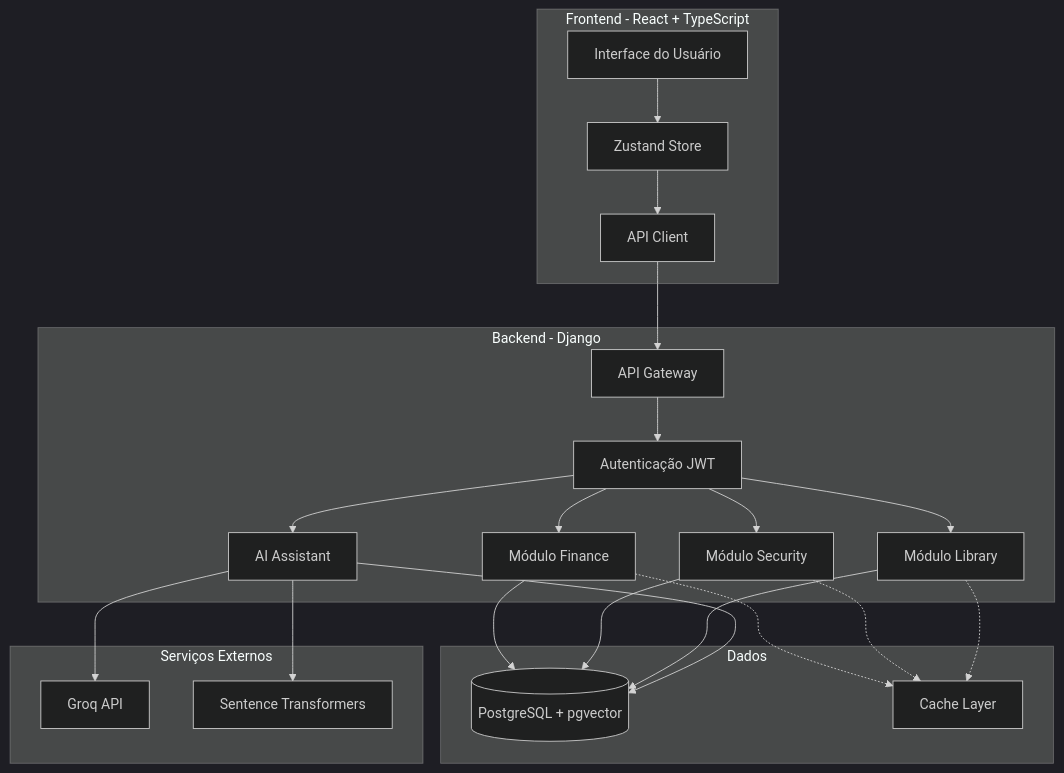
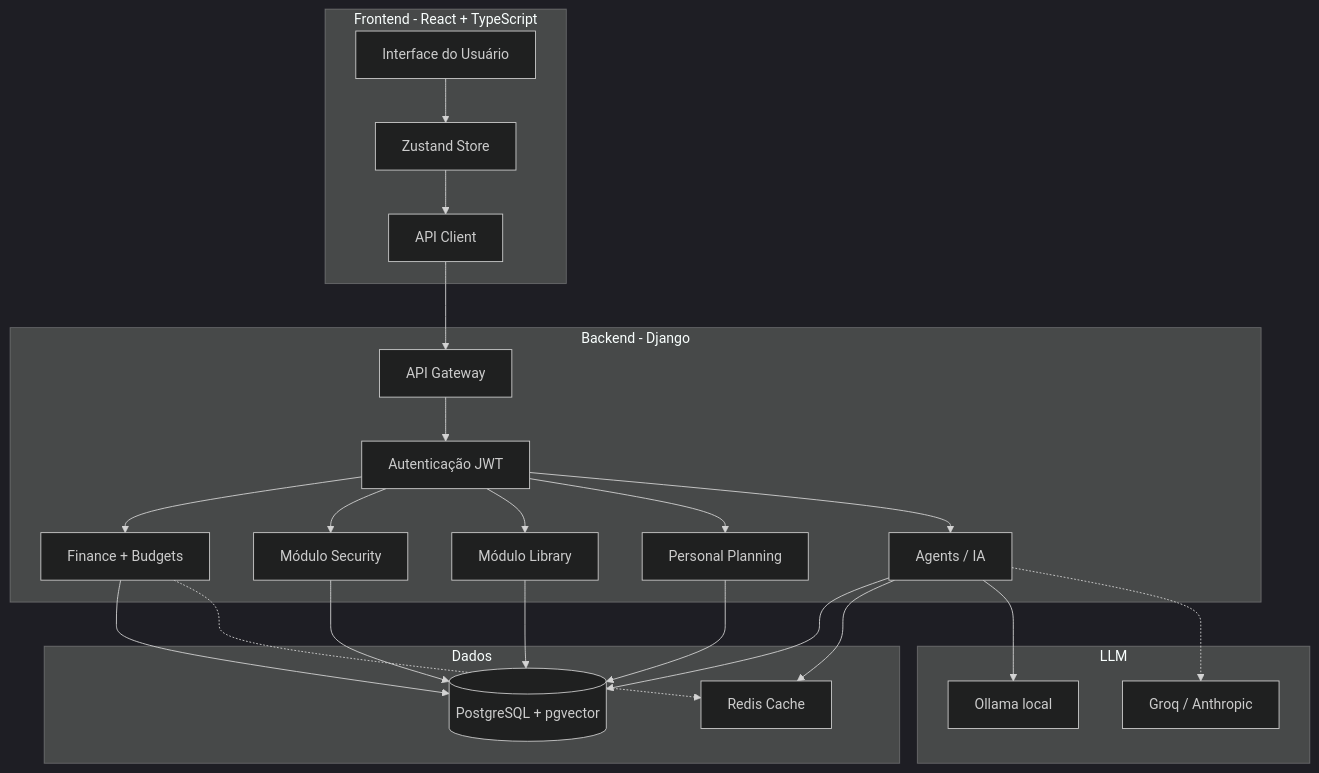
The diagram in documentation/overview/introduction.md (tarcisioribeiro/Axiom), drawn with Mermaid (dark theme) before and after one commit. The commit also changed other lines of this file and 1038 other files, not shown here.

````diff
--- a/documentation/overview/introduction.md
+++ b/documentation/overview/introduction.md
@@ -87,48 +148,49 @@
 ```mermaid
 graph TB
     subgraph "Frontend - React + TypeScript"
         UI[Interface do Usuário]
         Store[Zustand Store]
         API[API Client]
     end
 
     subgraph "Backend - Django"
         Gateway[API Gateway]
         Auth[Autenticação JWT]
-        Finance[Módulo Finance]
+        Finance[Finance + Budgets]
         Security[Módulo Security]
         Library[Módulo Library]
-        AI[AI Assistant]
+        Planning[Personal Planning]
+        Agents[Agents / IA]
     end
 
     subgraph "Dados"
         DB[(PostgreSQL + pgvector)]
-        Cache[Cache Layer]
+        Cache[Redis Cache]
     end
 
-    subgraph "Serviços Externos"
-        Groq[Groq API]
-        ST[Sentence Transformers]
+    subgraph "LLM"
+        Ollama[Ollama local]
+        Cloud[Groq / Anthropic]
     end
 
     UI --> Store
     Store --> API
     API --> Gateway
     Gateway --> Auth
     Auth --> Finance
     Auth --> Security
     Auth --> Library
-    Auth --> AI
+    Auth --> Planning
+    Auth --> Agents
 
     Finance --> DB
     Security --> DB
     Library --> DB
-    AI --> DB
-
-    AI --> Groq
-    AI --> ST
+    Planning --> DB
+    Agents --> DB
+    Agents --> Cache
 
     Finance -.-> Cache
-    Security -.-> Cache
-    Library -.-> Cache
+    Agents --> Ollama
+    Agents -.-> Cloud
 ```
````
